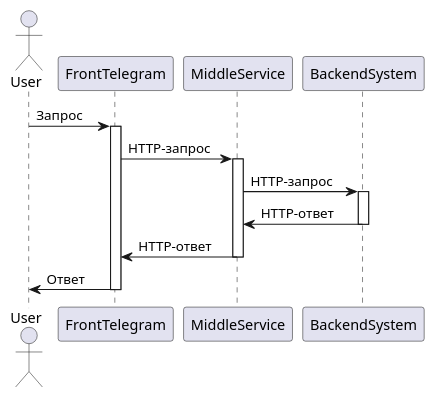
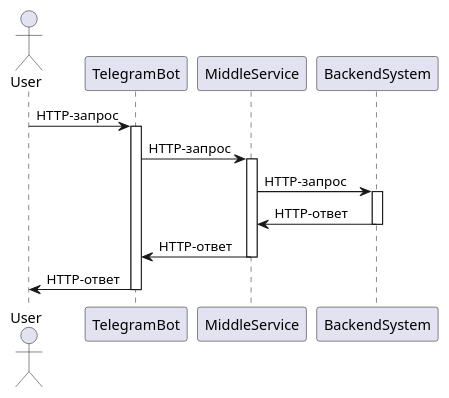
Before and after one commit to gpb-it-factory/sokolov-telegram-bot: the diagram in README.md, drawn with PlantUML. The commit also changed other lines of this file, not shown here.

Commit message:
Внёс уточнения: это репозиторий с frontend-частю проекта, MiddleService будет в отдельном репозитории.

````diff
--- a/README.md
+++ b/README.md
@@ -16,20 +18,20 @@
 ```plantuml
 actor User
 
-participant FrontTelegram
+participant TelegramBot
 participant MiddleService
 participant BackendSystem
 
-User -> FrontTelegram : Запрос
-activate FrontTelegram
-    FrontTelegram -> MiddleService : HTTP-запрос
+User -> TelegramBot : HTTP-запрос
+activate TelegramBot
+    TelegramBot -> MiddleService : HTTP-запрос
     activate MiddleService
         MiddleService -> BackendSystem : HTTP-запрос
         activate BackendSystem
             BackendSystem -> MiddleService : HTTP-ответ
         deactivate BackendSystem
-        MiddleService -> FrontTelegram : HTTP-ответ
+        MiddleService -> TelegramBot : HTTP-ответ
     deactivate MiddleService
-    FrontTelegram -> User : Ответ
-deactivate FrontTelegram
+    TelegramBot -> User : HTTP-ответ
+deactivate TelegramBot
 ```
````
